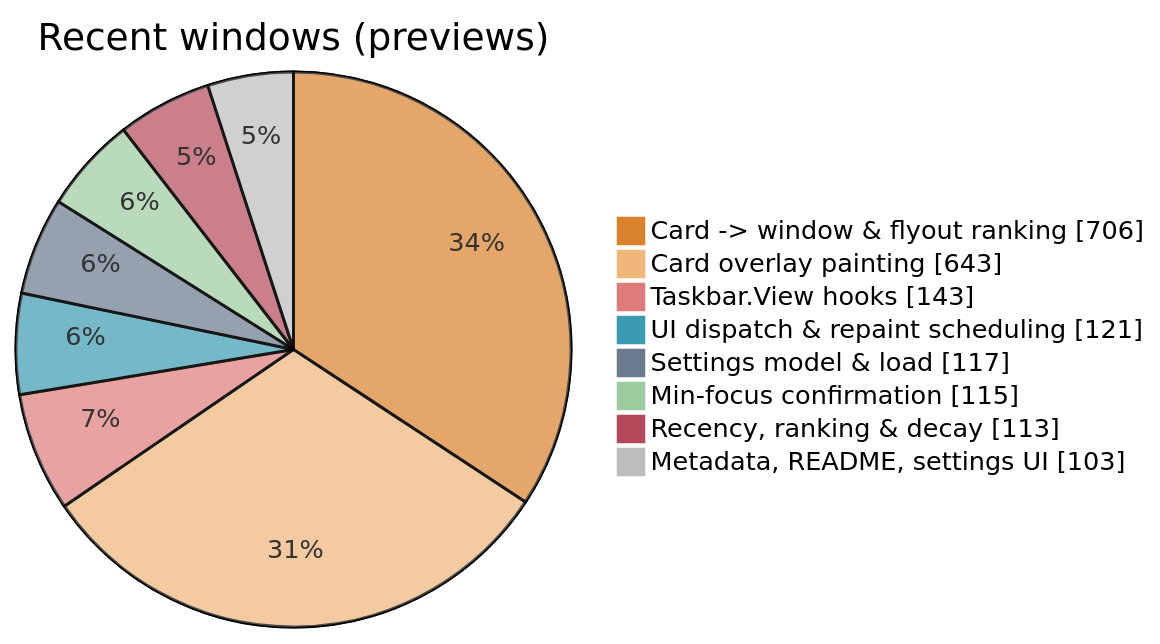
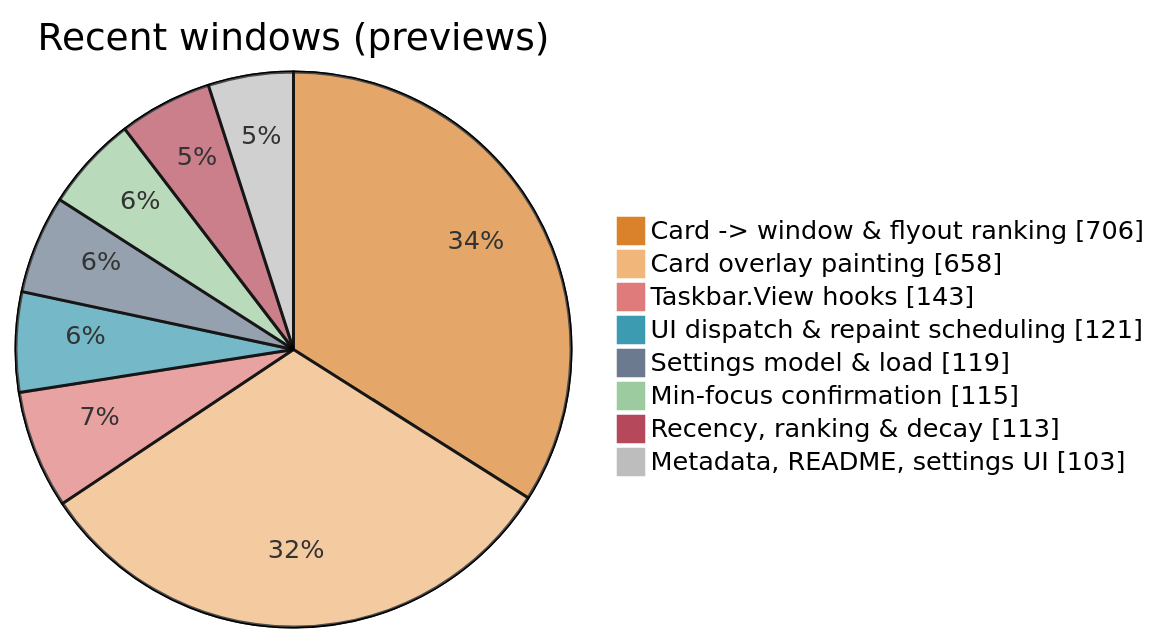
One commit to jvlasek/taskbar-recent-focus-highlight changed the fifth of 5 diagrams in doc/code/code-breakdown.md. Above: the diagram before and after it, drawn with Mermaid. The commit also changed other lines of this file and 8 other files, not shown here.

````diff
--- a/doc/code/code-breakdown.md
+++ b/doc/code/code-breakdown.md
@@ -153,12 +153,12 @@
 ```mermaid
 %%{init: {"themeVariables": {"pie1": "#D9822B", "pie2": "#F0B67A", "pie3": "#E07B7B", "pie4": "#3C9BB0", "pie5": "#6B7A8F", "pie6": "#9CCB9F", "pie7": "#B5495B", "pie8": "#BDBDBD", "pieOuterStrokeWidth": "1px"}}}%%
 pie showData title Recent windows (previews)
     "Card -> window & flyout ranking" : 706
-    "Card overlay painting" : 643
+    "Card overlay painting" : 658
     "Taskbar.View hooks" : 143
     "UI dispatch & repaint scheduling" : 121
-    "Settings model & load" : 117
+    "Settings model & load" : 119
     "Min-focus confirmation" : 115
     "Recency, ranking & decay" : 113
     "Metadata, README, settings UI" : 103
 ```
````
